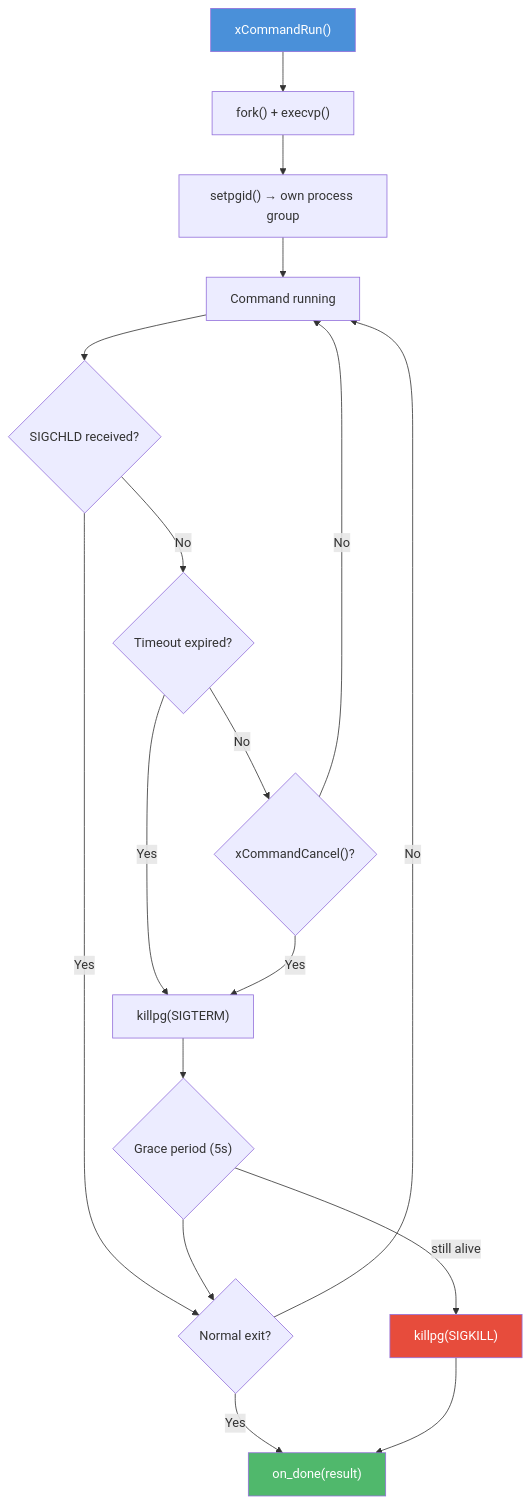
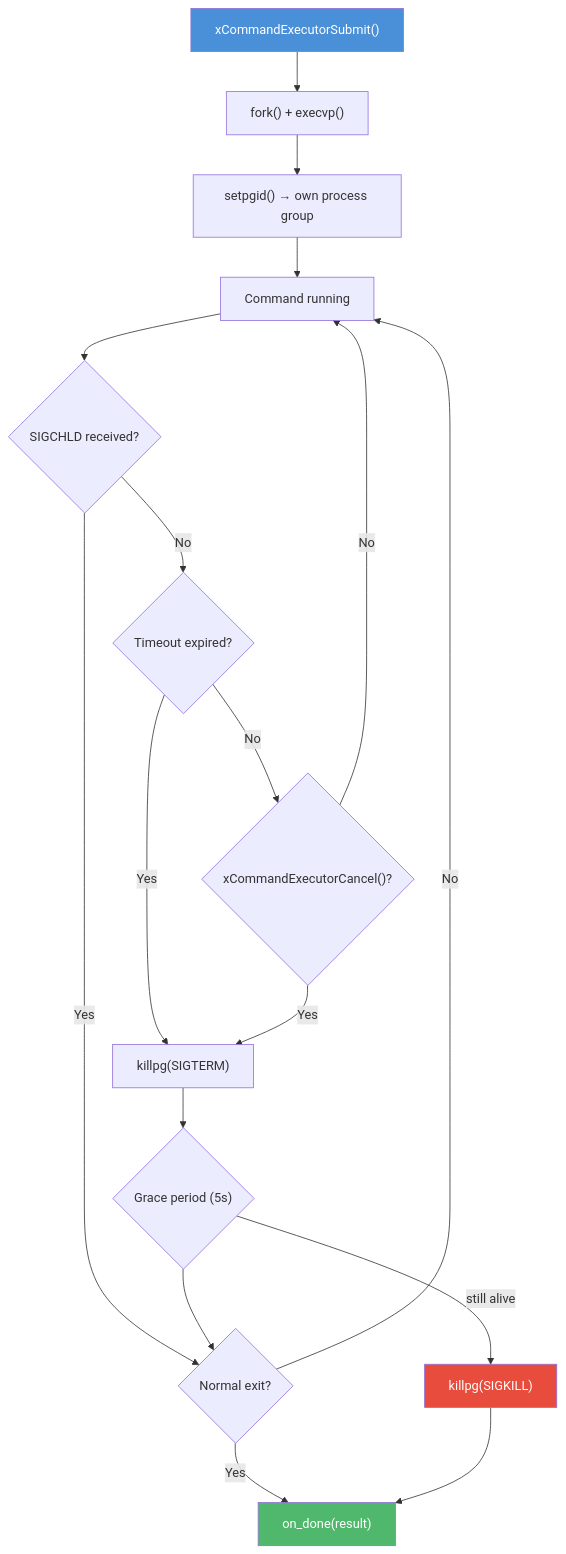
Before and after one commit to mivinci/DownloadKit: the second of 2 diagrams in docs/modules/xbase/cmd.md, drawn with Mermaid. The commit also changed other lines of this file and 4 other files, not shown here.

````diff
--- a/docs/modules/xbase/cmd.md
+++ b/docs/modules/xbase/cmd.md
@@ -71,36 +71,36 @@
 ```mermaid
 flowchart TD
-    RUN["xCommandRun()"]
+    SUBMIT["xCommandExecutorSubmit()"]
     FORK["fork() + execvp()"]
     SETPGID["setpgid() → own process group"]
     RUNNING["Command running"]
     CHECK_SIGCHLD{"SIGCHLD received?"}
     CHECK_EXIT{"Normal exit?"}
     DONE["on_done(result)"]
     TIMEOUT{"Timeout expired?"}
-    CANCEL{"xCommandCancel()?"}
+    CANCEL{"xCommandExecutorCancel()?"}
     SIGTERM["killpg(SIGTERM)"]
     GRACE{"Grace period (5s)"}
     SIGKILL["killpg(SIGKILL)"]
 
-    RUN --> FORK
+    SUBMIT --> FORK
     FORK --> SETPGID
     SETPGID --> RUNNING
     RUNNING --> CHECK_SIGCHLD
     CHECK_SIGCHLD -->|Yes| CHECK_EXIT
     CHECK_EXIT -->|Yes| DONE
     CHECK_EXIT -->|No| RUNNING
     CHECK_SIGCHLD -->|No| TIMEOUT
     TIMEOUT -->|No| CANCEL
     CANCEL -->|No| RUNNING
     TIMEOUT -->|Yes| SIGTERM
     CANCEL -->|Yes| SIGTERM
     SIGTERM --> GRACE
     GRACE --> CHECK_EXIT
     GRACE -->|"still alive"| SIGKILL
     SIGKILL --> DONE
 
-    style RUN fill:#4a90d9,color:#fff
+    style SUBMIT fill:#4a90d9,color:#fff
     style DONE fill:#50b86c,color:#fff
     style SIGKILL fill:#e74c3c,color:#fff
 ```
````
